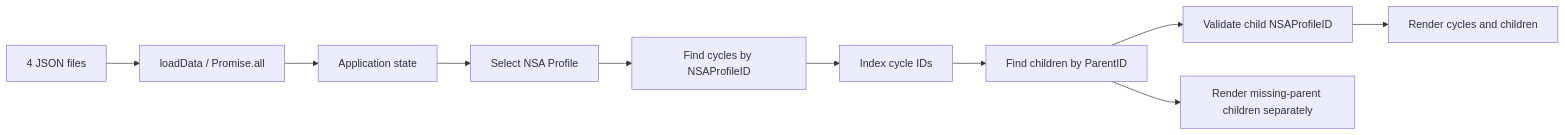
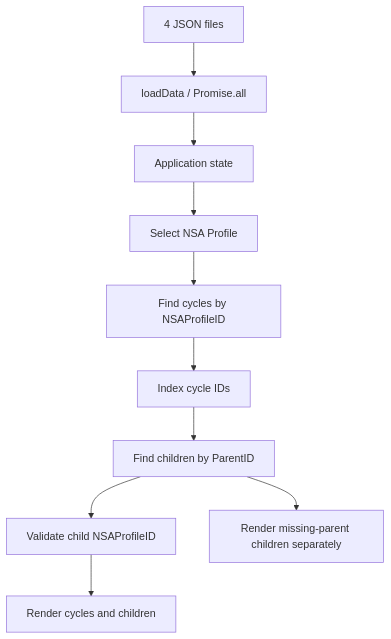
Before and after one commit to geraldotech/paho-nsa: the diagram in NSAv2/reports/Validate-End-to-End-Data-Workflow.md, drawn with Mermaid. The commit also changed other lines of this file, not shown here.

````diff
--- a/NSAv2/reports/Validate-End-to-End-Data-Workflow.md
+++ b/NSAv2/reports/Validate-End-to-End-Data-Workflow.md
@@ -48,12 +34,12 @@
 ```mermaid
-flowchart LR
+flowchart TD
     J["4 JSON files"] --> L["loadData / Promise.all"]
     L --> S["Application state"]
     S --> P["Select NSA Profile"]
     P --> N["Find cycles by NSAProfileID"]
     N --> C["Index cycle IDs"]
     C --> R["Find children by ParentID"]
     R --> V["Validate child NSAProfileID"]
     V --> U["Render cycles and children"]
     R --> O["Render missing-parent children separately"]
 ```
````
